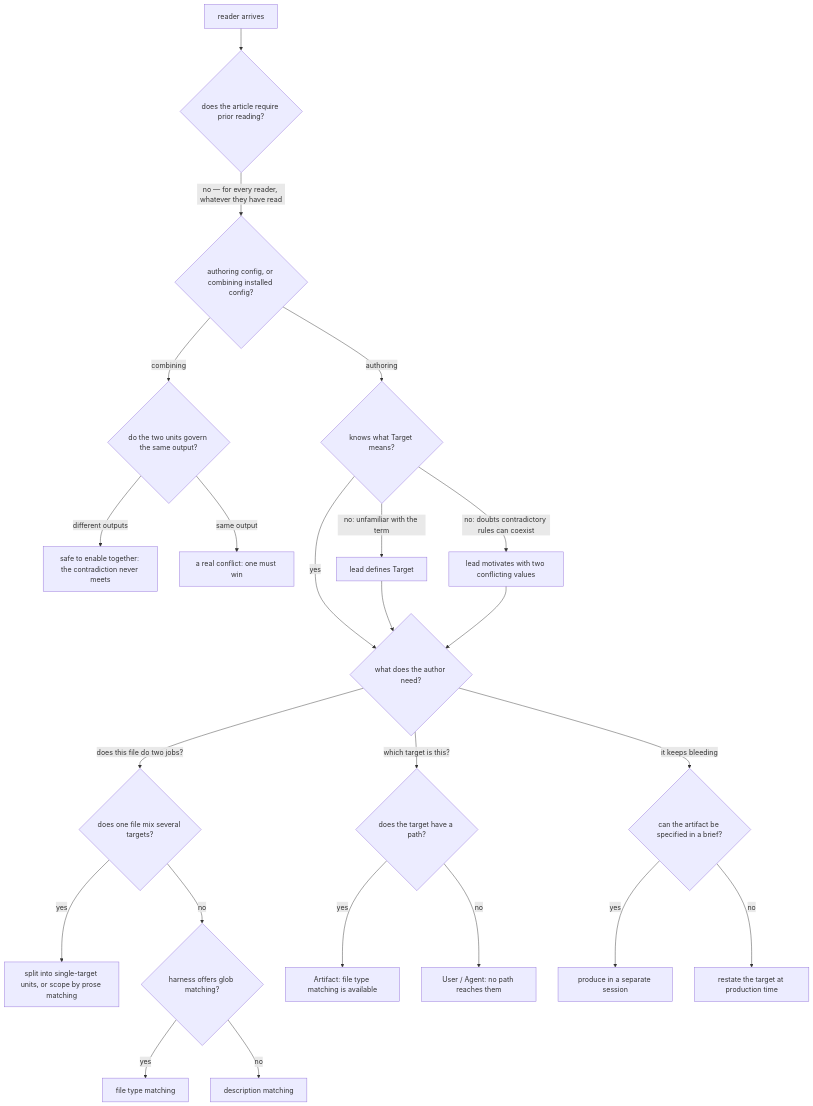
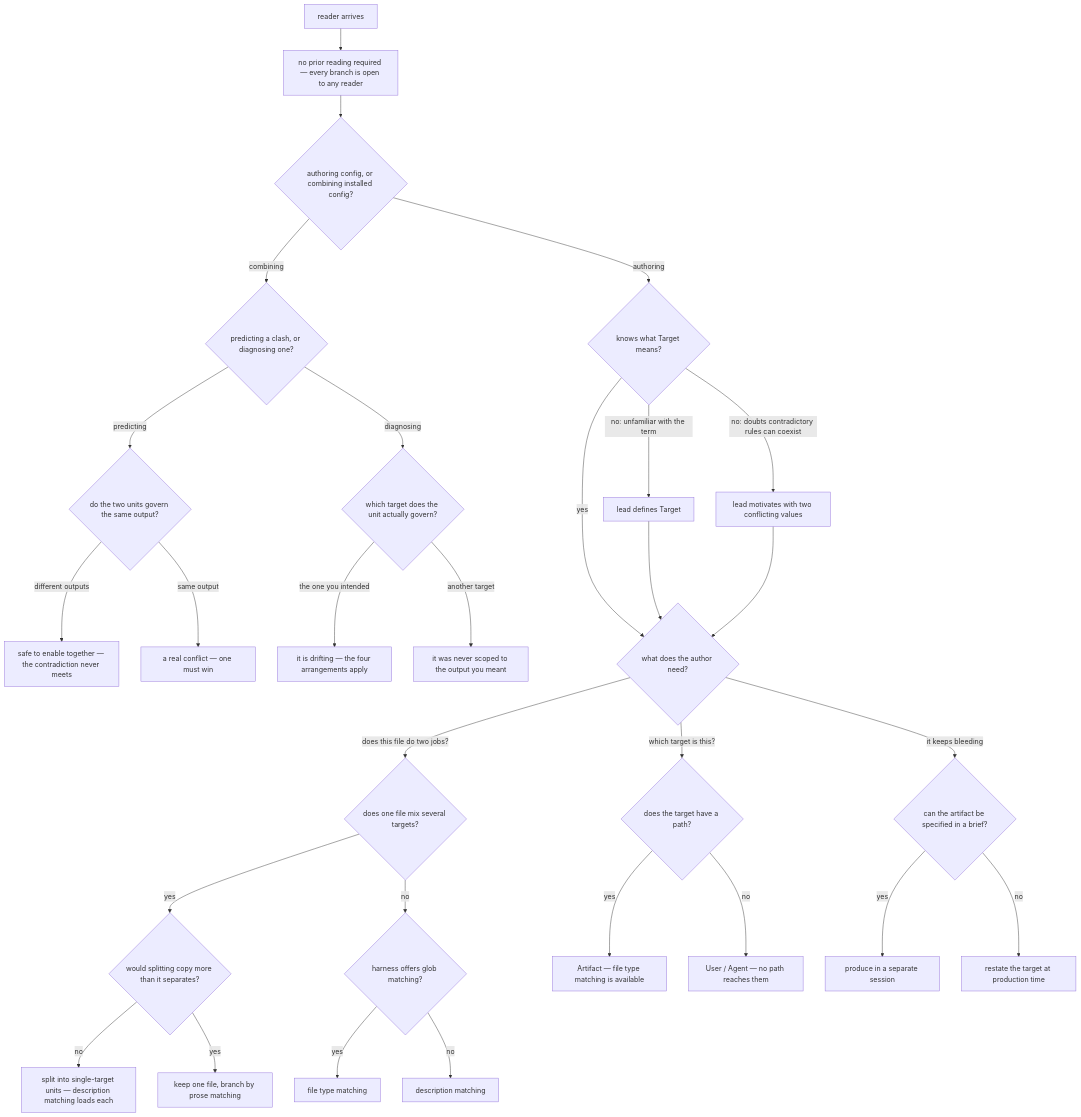
The diagram in apps/website/.agents/spec/content/docs/agent-configuration/instruction-target/README.md (cyberuni/cyber-skills), drawn with Mermaid before and after one commit. The commit also changed other lines of this file and 2 other files, not shown here.

````diff
--- a/apps/website/.agents/spec/content/docs/agent-configuration/instruction-target/README.md
+++ b/apps/website/.agents/spec/content/docs/agent-configuration/instruction-target/README.md
@@ -142,31 +142,37 @@
 ```mermaid
 graph TD
-  S[reader arrives] --> A{does the article require prior reading?}
-  A -- "no — for every reader, whatever they have read" --> R{authoring config, or combining installed config?}
+  S["reader arrives"] --> A["no prior reading required — every branch is open to any reader"]
+  A --> R{authoring config, or combining installed config?}
 
-  R -- combining --> Z{do the two units govern the same output?}
-  Z -- "different outputs" --> Z1[safe to enable together: the contradiction never meets]
-  Z -- "same output" --> Z2[a real conflict: one must win]
+  R -- combining --> W{predicting a clash, or diagnosing one?}
+  W -- predicting --> Z{do the two units govern the same output?}
+  Z -- "different outputs" --> Z1["safe to enable together — the contradiction never meets"]
+  Z -- "same output" --> Z2["a real conflict — one must win"]
+  W -- diagnosing --> V{which target does the unit actually govern?}
+  V -- "the one you intended" --> V1["it is drifting — the four arrangements apply"]
+  V -- "another target" --> V2["it was never scoped to the output you meant"]
 
   R -- authoring --> B{knows what Target means?}
-  B -- "no: unfamiliar with the term" --> C1[lead defines Target]
-  B -- "no: doubts contradictory rules can coexist" --> C2[lead motivates with two conflicting values]
+  B -- "no: unfamiliar with the term" --> L1["lead defines Target"]
+  B -- "no: doubts contradictory rules can coexist" --> L2["lead motivates with two conflicting values"]
   B -- yes --> D{what does the author need?}
-  C1 --> D
-  C2 --> D
+  L1 --> D
+  L2 --> D
 
   D -- "does this file do two jobs?" --> K{does one file mix several targets?}
   D -- "which target is this?" --> H{does the target have a path?}
   D -- "it keeps bleeding" --> P{can the artifact be specified in a brief?}
 
-  K -- yes --> K1[split into single-target units, or scope by prose matching]
+  K -- yes --> K1{would splitting copy more than it separates?}
+  K1 -- no --> K2["split into single-target units — description matching loads each"]
+  K1 -- yes --> K3["keep one file, branch by prose matching"]
   K -- no --> M{harness offers glob matching?}
-  M -- yes --> M1[file type matching]
-  M -- no --> M2[description matching]
+  M -- yes --> M1["file type matching"]
+  M -- no --> M2["description matching"]
 
-  H -- yes --> H1[Artifact: file type matching is available]
-  H -- no --> H2[User / Agent: no path reaches them]
+  H -- yes --> H1["Artifact — file type matching is available"]
+  H -- no --> H2["User / Agent — no path reaches them"]
 
-  P -- yes --> P1[produce in a separate session]
-  P -- no --> P2[restate the target at production time]
+  P -- yes --> P1["produce in a separate session"]
+  P -- no --> P2["restate the target at production time"]
 ```
````
